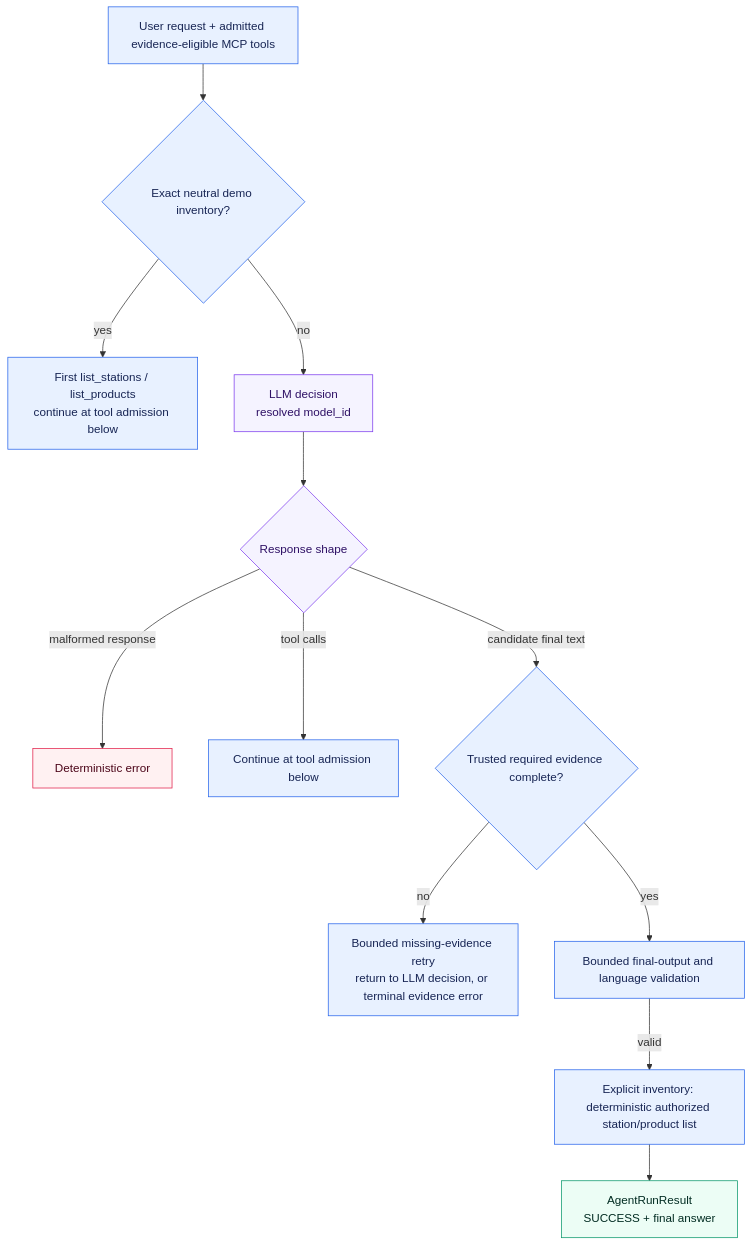
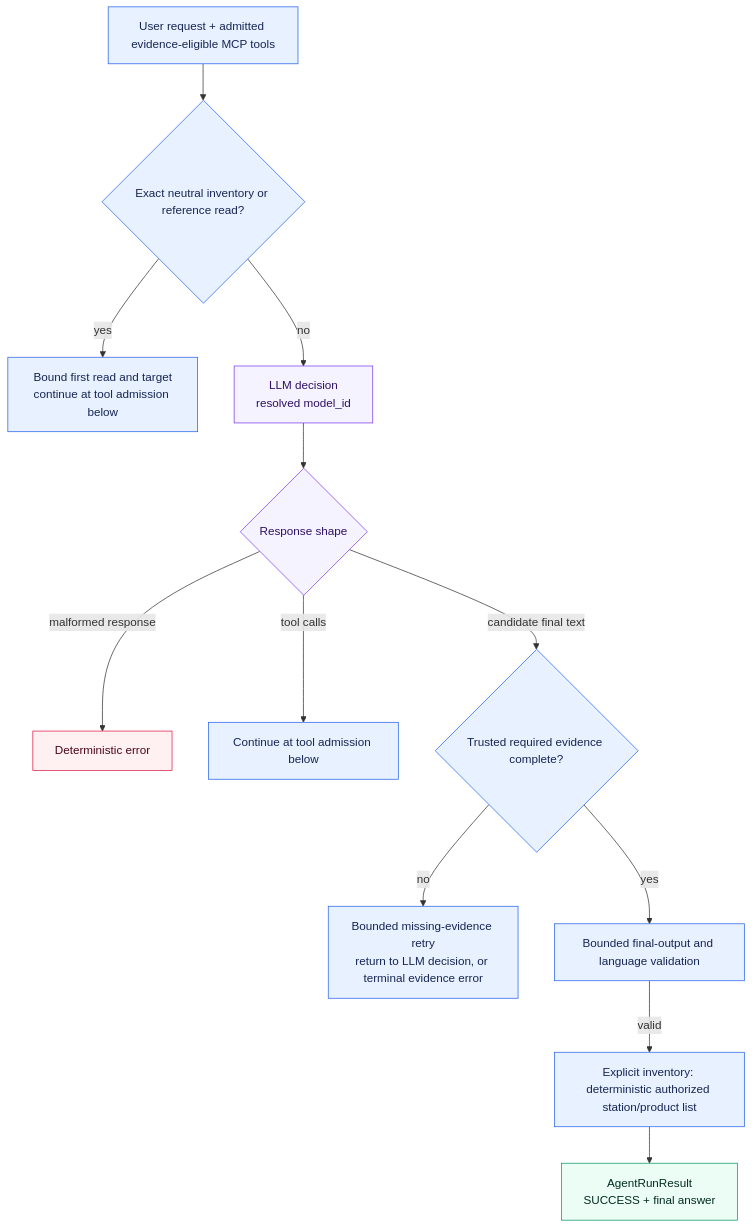
Diagram 14 of 27 in docs/architecture/overview.md (aboerzel/industrial-ai-agent), drawn with Mermaid before and after one commit. The commit also changed other lines of this file and 18 other files, not shown here.

````diff
--- a/docs/architecture/overview.md
+++ b/docs/architecture/overview.md
@@ -917,23 +917,23 @@
 ```mermaid
 flowchart TD
-    Start["User request + admitted evidence-eligible MCP tools"] --> Inventory{"Exact neutral demo inventory?"}
-    Inventory -->|"yes"| First["First list_stations / list_products<br/>continue at tool admission below"]
+    Start["User request + admitted evidence-eligible MCP tools"] --> Inventory{"Exact neutral inventory or reference read?"}
+    Inventory -->|"yes"| First["Bound first read and target<br/>continue at tool admission below"]
     Inventory -->|"no"| Decide["LLM decision<br/>resolved model_id"]
     Decide --> Shape{"Response shape"}
     Shape -->|"malformed response"| Invalid["Deterministic error"]
     Shape -->|"tool calls"| Admit["Continue at tool admission below"]
     Shape -->|"candidate final text"| Complete{"Trusted required evidence complete?"}
     Complete -->|"no"| Missing["Bounded missing-evidence retry<br/>return to LLM decision, or terminal evidence error"]
     Complete -->|"yes"| Normalize["Bounded final-output and language validation"]
     Normalize -->|"valid"| Present["Explicit inventory: deterministic authorized station/product list"]
     Present --> Success["AgentRunResult<br/>SUCCESS + final answer"]
 
     classDef llm fill:#f5f3ff,stroke:#7c3aed,color:#2e1065
     classDef deterministic fill:#e8f1ff,stroke:#2563eb,color:#172554
     classDef success fill:#ecfdf5,stroke:#059669,color:#022c22
     classDef failure fill:#fff1f2,stroke:#e11d48,color:#4c0519
     class Decide,Shape llm
     class Start,Inventory,First,Admit,Complete,Normalize,Present,Missing deterministic
     class Success success
     class Invalid failure
 ```
````
